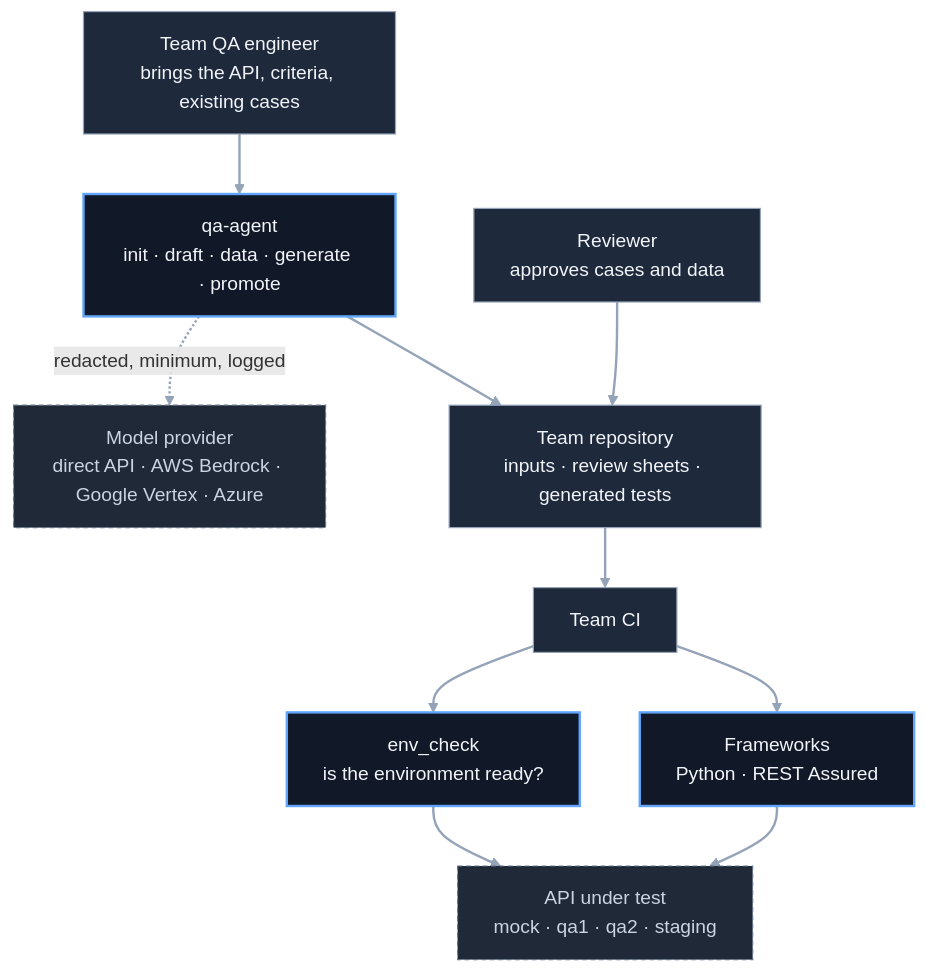
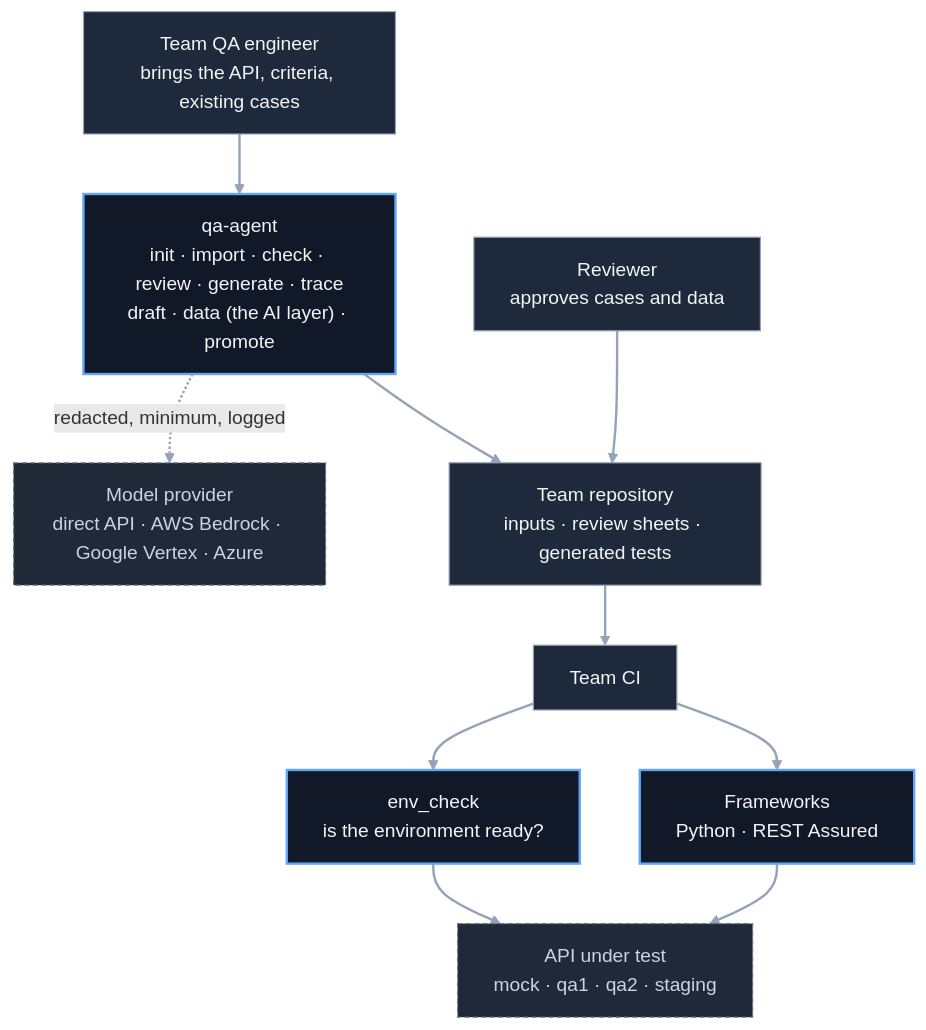
Before and after one commit to rahulsharma-qe/api-qa-agent: the first of 5 diagrams in docs/architecture.md, drawn with Mermaid. The commit also changed other lines of this file and 1 other file, not shown here.

First line of the commit message:
Design: phase 3a (cases, importers, review sheet, generated tests, trace, init)

````diff
--- a/docs/architecture.md
+++ b/docs/architecture.md
@@ -46,28 +46,28 @@
 ```mermaid
 flowchart TB
   QA["Team QA engineer<br/>brings the API, criteria, existing cases"]
   REV["Reviewer<br/>approves cases and data"]
-  CLI["qa-agent<br/>init · draft · data · generate · promote"]
+  CLI["qa-agent<br/>init · import · check · review · generate · trace<br/>draft · data (the AI layer) · promote"]
   LLM["Model provider<br/>direct API · AWS Bedrock · Google Vertex · Azure"]
   REPO["Team repository<br/>inputs · review sheets · generated tests"]
   CI["Team CI"]
   ENV["env_check<br/>is the environment ready?"]
   FW["Frameworks<br/>Python · REST Assured"]
   API["API under test<br/>mock · qa1 · qa2 · staging"]
   QA --> CLI
   CLI -.->|"redacted, minimum, logged"| LLM
   CLI --> REPO
   REV --> REPO
   REPO --> CI
   CI --> ENV
   CI --> FW
   ENV --> API
   FW --> API
   classDef box fill:#1e293b,stroke:#94a3b8,color:#f1f5f9
   classDef platform fill:#111827,stroke:#60a5fa,color:#f1f5f9,stroke-width:2px
   classDef outside fill:#1f2937,stroke:#64748b,color:#cbd5e1,stroke-dasharray: 4 3
   class QA,REV,REPO,CI box
   class CLI,ENV,FW platform
   class LLM,API outside
   linkStyle default stroke:#94a3b8,stroke-width:2px
 ```
````
